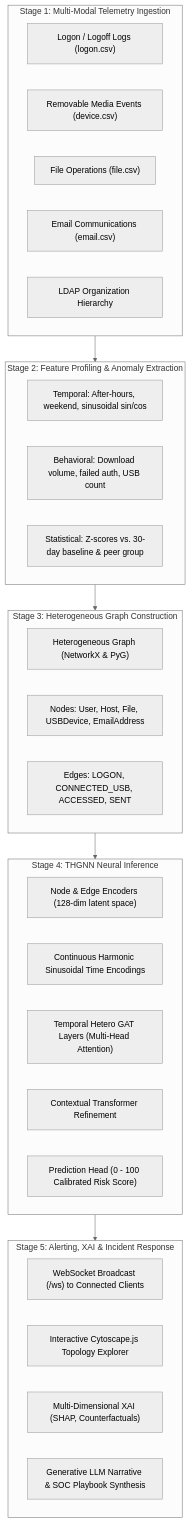
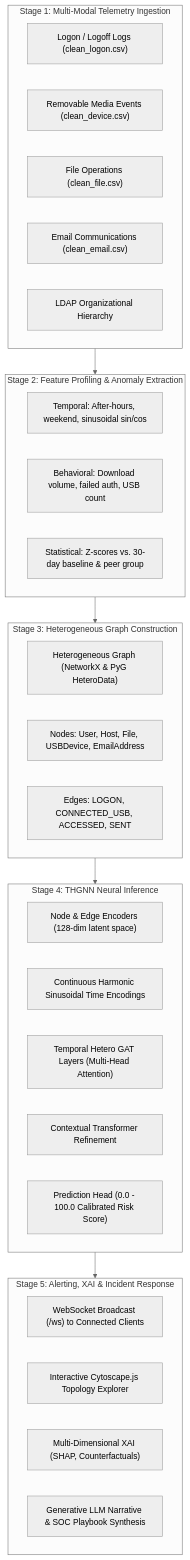
The first of 2 diagrams in README.md (SANJAY222-R/InsiderThreat), drawn with Mermaid (neutral theme) before and after one commit. The commit also changed other lines of this file, not shown here.

````diff
--- a/README.md
+++ b/README.md
@@ -122,39 +128,39 @@
 ```mermaid
 flowchart TD
     subgraph S1["Stage 1: Multi-Modal Telemetry Ingestion"]
-        L1["Logon / Logoff Logs (logon.csv)"]
-        L2["Removable Media Events (device.csv)"]
-        L3["File Operations (file.csv)"]
-        L4["Email Communications (email.csv)"]
-        L5["LDAP Organization Hierarchy"]
+        L1["Logon / Logoff Logs (clean_logon.csv)"]
+        L2["Removable Media Events (clean_device.csv)"]
+        L3["File Operations (clean_file.csv)"]
+        L4["Email Communications (clean_email.csv)"]
+        L5["LDAP Organizational Hierarchy"]
     end
 
     subgraph S2["Stage 2: Feature Profiling & Anomaly Extraction"]
         F1["Temporal: After-hours, weekend, sinusoidal sin/cos"]
         F2["Behavioral: Download volume, failed auth, USB count"]
         F3["Statistical: Z-scores vs. 30-day baseline & peer group"]
     end
 
     subgraph S3["Stage 3: Heterogeneous Graph Construction"]
-        G1["Heterogeneous Graph (NetworkX & PyG)"]
+        G1["Heterogeneous Graph (NetworkX & PyG HeteroData)"]
         G2["Nodes: User, Host, File, USBDevice, EmailAddress"]
         G3["Edges: LOGON, CONNECTED_USB, ACCESSED, SENT"]
     end
 
     subgraph S4["Stage 4: THGNN Neural Inference"]
         M1["Node & Edge Encoders (128-dim latent space)"]
         M2["Continuous Harmonic Sinusoidal Time Encodings"]
         M3["Temporal Hetero GAT Layers (Multi-Head Attention)"]
         M4["Contextual Transformer Refinement"]
-        M5["Prediction Head (0 - 100 Calibrated Risk Score)"]
+        M5["Prediction Head (0.0 - 100.0 Calibrated Risk Score)"]
     end
 
     subgraph S5["Stage 5: Alerting, XAI & Incident Response"]
         A1["WebSocket Broadcast (/ws) to Connected Clients"]
         A2["Interactive Cytoscape.js Topology Explorer"]
         A3["Multi-Dimensional XAI (SHAP, Counterfactuals)"]
         A4["Generative LLM Narrative & SOC Playbook Synthesis"]
     end
 
     S1 --> S2 --> S3 --> S4 --> S5
 ```
````
